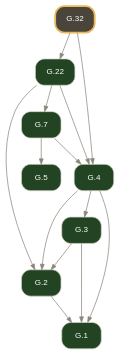
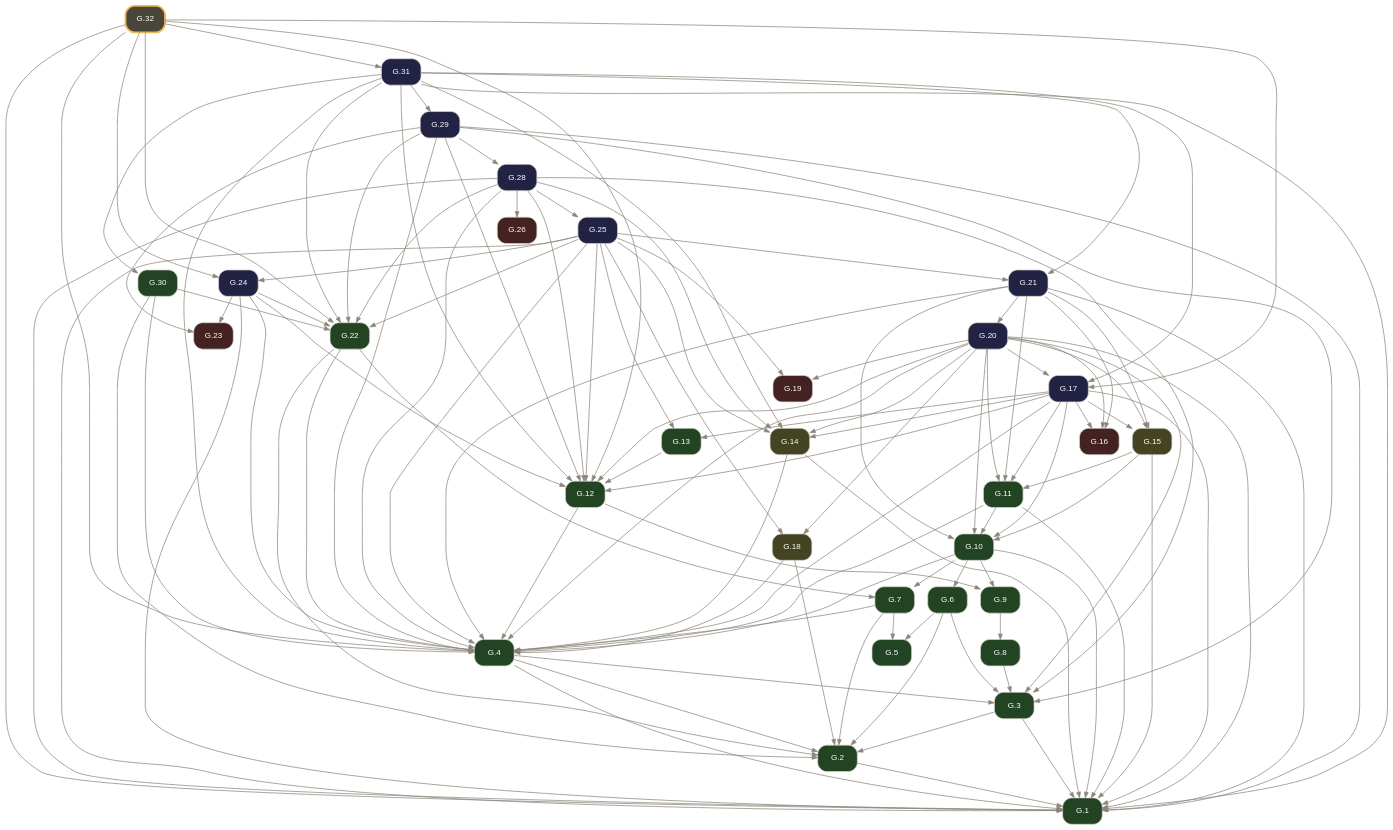
One commit to geometor/elements changed the diagram in docsrc/elements2/G.32/index.rst. Above: the diagram before and after it, drawn with Graphviz. The commit also changed other lines of this file and 1276 other files, not shown here.

```diff
--- a/docsrc/elements2/G.32/index.rst
+++ b/docsrc/elements2/G.32/index.rst
@@ -43,20 +66,142 @@
      "G.3" [label="G.3", tooltip="G.3 (I.def.3): The extremities of a segment / A B / are points A, B.", fillcolor="#224422", URL="../G.3/index.html", target="_top"];
      "G.4" [label="G.4", tooltip="G.4 (I.def.4): A segment / A B / is a portion of a line [ A B ] between two points A, B on the line.", fillcolor="#224422", URL="../G.4/index.html", target="_top"];
      "G.5" [label="G.5", tooltip="G.5 (I.def.5): A surface is that which has length and breadth only.", fillcolor="#224422", URL="../G.5/index.html", target="_top"];
+     "G.6" [label="G.6", tooltip="G.6 (I.def.6): The extremities of a surface are lines or arcs.", fillcolor="#224422", URL="../G.6/index.html", target="_top"];
      "G.7" [label="G.7", tooltip="G.7 (I.def.7): A plane surface lies evenly with the lines on itself.", fillcolor="#224422", URL="../G.7/index.html", target="_top"];
+     "G.8" [label="G.8", tooltip="G.8 (I.def.13): A boundary is the extremity of anything.", fillcolor="#224422", URL="../G.8/index.html", target="_top"];
+     "G.9" [label="G.9", tooltip="G.9 (I.def.14): A figure is that which is contained by any boundary or boundaries.", fillcolor="#224422", URL="../G.9/index.html", target="_top"];
+     "G.10" [label="G.10", tooltip="G.10 (I.def.15): A circle ( A B ) is a plane figure contained by one arc defined by a center A and a point B establishing its defining radius / A B /, such that all segments / A B /, / A C /, / A D...", fillcolor="#224422", URL="../G.10/index.html", target="_top"];
+     "G.11" [label="G.11", tooltip="G.11 (I.def.16): The point A within the circle ( A B ) from which all segments / A B /, / A C / to the arc are equal is called the center of the circle.", fillcolor="#224422", URL="../G.11/index.html", target="_top"];
+     "G.12" [label="G.12", tooltip="G.12 (I.def.19): Rectilineal figures are contained by segments: trilateral by three, quadrilateral by four, and multilateral by more than four.", fillcolor="#224422", URL="../G.12/index.html", target="_top"];
+     "G.13" [label="G.13", tooltip="G.13 (I.def.20): Of trilateral figures, an equilateral triangle < A B C > has three equal sides, an isosceles triangle < D E F > has two equal sides, and a scalene triangle < G H K > has three uneq...", fillcolor="#224422", URL="../G.13/index.html", target="_top"];
+     "G.14" [label="G.14", tooltip="G.14 (I.post.1): Construct a segment / A B / between any two points A, B.", fillcolor="#444422", URL="../G.14/index.html", target="_top"];
+     "G.15" [label="G.15", tooltip="G.15 (I.post.3): Construct a circle ( A B ) with center A and defining radius point B.", fillcolor="#444422", URL="../G.15/index.html", target="_top"];
+     "G.16" [label="G.16", tooltip="G.16 (I.cn.1): Things equal to the same thing are equal to one another.", fillcolor="#442222", URL="../G.16/index.html", target="_top"];
+     "G.17" [label="G.17", tooltip="G.17 (I.1): Construct an equilateral triangle on a given segment.", fillcolor="#222244", URL="../G.17/index.html", target="_top"];
+     "G.18" [label="G.18", tooltip="G.18 (I.post.2): Extend a segment / A B / continuously along a line [ A B ] to / B C /.", fillcolor="#444422", URL="../G.18/index.html", target="_top"];
+     "G.19" [label="G.19", tooltip="G.19 (I.cn.3): If equals are subtracted from equals, the remainders are equal.", fillcolor="#442222", URL="../G.19/index.html", target="_top"];
+     "G.20" [label="G.20", tooltip="G.20 (I.2): Construct at a given point a segment equal to a given segment.", fillcolor="#222244", URL="../G.20/index.html", target="_top"];
+     "G.21" [label="G.21", tooltip="G.21 (I.3): Cut off from the greater of two unequal segments a segment equal to the less.", fillcolor="#222244", URL="../G.21/index.html", target="_top"];
      "G.22" [label="G.22", tooltip="G.22 (I.def.8): A plane angle is the inclination to one another of two lines or arcs in a plane that meet and do not lie on the same line.", fillcolor="#224422", URL="../G.22/index.html", target="_top"];
-     "G.32" [label="G.32", tooltip="G.32 (I.def.10): When a segment standing on a line makes the adjacent angles equal, each of the equal angles is a right angle, and the standing segment is perpendicular to the line.", penwidth=2.5, color="#e8b85a", fillcolor="#4a453b", URL="index.html", target="_top"];
+     "G.23" [label="G.23", tooltip="G.23 (I.cn.4): Things / A B /, / D E / that coincide with one another are equal to one another.", fillcolor="#442222", URL="../G.23/index.html", target="_top"];
+     "G.24" [label="G.24", tooltip="G.24 (I.4): Triangles with two sides and the included angle equal are congruent (SAS).", fillcolor="#222244", URL="../G.24/index.html", target="_top"];
+     "G.25" [label="G.25", tooltip="G.25 (I.5): In an isosceles triangle, the angles at the base are equal, and if the equal sides are extended, the angles under the base are equal.", fillcolor="#222244", URL="../G.25/index.html", target="_top"];
+     "G.26" [label="G.26", tooltip="G.26 (I.cn.5): The whole is greater than the part.", fillcolor="#442222", URL="../G.26/index.html", target="_top"];
+     "G.28" [label="G.28", tooltip="G.28 (I.7): On the same segment and on the same side, there cannot be constructed two distinct triangles with both pairs of conterminous sides equal.", fillcolor="#222244", URL="../G.28/index.html", target="_top"];
+     "G.29" [label="G.29", tooltip="G.29 (I.8): Triangles with all three corresponding sides equal have their corresponding angles equal (SSS).", fillcolor="#222244", URL="../G.29/index.html", target="_top"];
+     "G.30" [label="G.30", tooltip="G.30 (I.def.9): A rectilineal angle is contained by two segments or lines.", fillcolor="#224422", URL="../G.30/index.html", target="_top"];
+     "G.31" [label="G.31", tooltip="G.31 (I.9): Bisect a given angle.", fillcolor="#222244", URL="../G.31/index.html", target="_top"];
+     "G.32" [label="G.32", tooltip="G.32 (I.10): Bisect a given segment.", penwidth=2.5, color="#e8b85a", fillcolor="#4a453b", URL="index.html", target="_top"];
      "G.2" -> "G.1";
      "G.3" -> "G.1";
      "G.4" -> "G.1";
+     "G.10" -> "G.1";
+     "G.11" -> "G.1";
+     "G.14" -> "G.1";
+     "G.15" -> "G.1";
+     "G.17" -> "G.1";
+     "G.20" -> "G.1";
+     "G.21" -> "G.1";
+     "G.24" -> "G.1";
+     "G.25" -> "G.1";
+     "G.28" -> "G.1";
+     "G.29" -> "G.1";
+     "G.31" -> "G.1";
+     "G.32" -> "G.1";
      "G.3" -> "G.2";
      "G.4" -> "G.2";
+     "G.6" -> "G.2";
+     "G.7" -> "G.2";
+     "G.18" -> "G.2";
      "G.22" -> "G.2";
+     "G.30" -> "G.2";
      "G.4" -> "G.3";
+     "G.6" -> "G.3";
+     "G.8" -> "G.3";
+     "G.20" -> "G.3";
+     "G.28" -> "G.3";
+     "G.29" -> "G.3";
      "G.7" -> "G.4";
+     "G.10" -> "G.4";
+     "G.11" -> "G.4";
+     "G.12" -> "G.4";
+     "G.14" -> "G.4";
+     "G.17" -> "G.4";
+     "G.18" -> "G.4";
+     "G.20" -> "G.4";
+     "G.21" -> "G.4";
      "G.22" -> "G.4";
+     "G.24" -> "G.4";
+     "G.25" -> "G.4";
+     "G.28" -> "G.4";
+     "G.29" -> "G.4";
+     "G.30" -> "G.4";
+     "G.31" -> "G.4";
      "G.32" -> "G.4";
+     "G.6" -> "G.5";
      "G.7" -> "G.5";
+     "G.10" -> "G.6";
+     "G.10" -> "G.7";
      "G.22" -> "G.7";
+     "G.9" -> "G.8";
+     "G.10" -> "G.9";
+     "G.12" -> "G.9";
+     "G.11" -> "G.10";
+     "G.15" -> "G.10";
+     "G.17" -> "G.10";
+     "G.20" -> "G.10";
+     "G.21" -> "G.10";
+     "G.15" -> "G.11";
+     "G.17" -> "G.11";
+     "G.20" -> "G.11";
+     "G.21" -> "G.11";
+     "G.13" -> "G.12";
+     "G.17" -> "G.12";
+     "G.20" -> "G.12";
+     "G.24" -> "G.12";
+     "G.25" -> "G.12";
+     "G.28" -> "G.12";
+     "G.29" -> "G.12";
+     "G.31" -> "G.12";
+     "G.32" -> "G.12";
+     "G.17" -> "G.13";
+     "G.25" -> "G.13";
+     "G.17" -> "G.14";
+     "G.20" -> "G.14";
+     "G.25" -> "G.14";
+     "G.28" -> "G.14";
+     "G.31" -> "G.14";
+     "G.17" -> "G.15";
+     "G.20" -> "G.15";
+     "G.21" -> "G.15";
+     "G.17" -> "G.16";
+     "G.20" -> "G.16";
+     "G.21" -> "G.16";
+     "G.20" -> "G.17";
+     "G.31" -> "G.17";
+     "G.32" -> "G.17";
+     "G.20" -> "G.18";
+     "G.25" -> "G.18";
+     "G.20" -> "G.19";
+     "G.25" -> "G.19";
+     "G.21" -> "G.20";
+     "G.25" -> "G.21";
+     "G.31" -> "G.21";
+     "G.24" -> "G.22";
+     "G.25" -> "G.22";
+     "G.28" -> "G.22";
+     "G.29" -> "G.22";
+     "G.30" -> "G.22";
+     "G.31" -> "G.22";
      "G.32" -> "G.22";
+     "G.24" -> "G.23";
+     "G.29" -> "G.23";
+     "G.25" -> "G.24";
+     "G.32" -> "G.24";
+     "G.28" -> "G.25";
+     "G.28" -> "G.26";
+     "G.29" -> "G.28";
+     "G.31" -> "G.29";
+     "G.31" -> "G.30";
+     "G.32" -> "G.31";
    }
```
